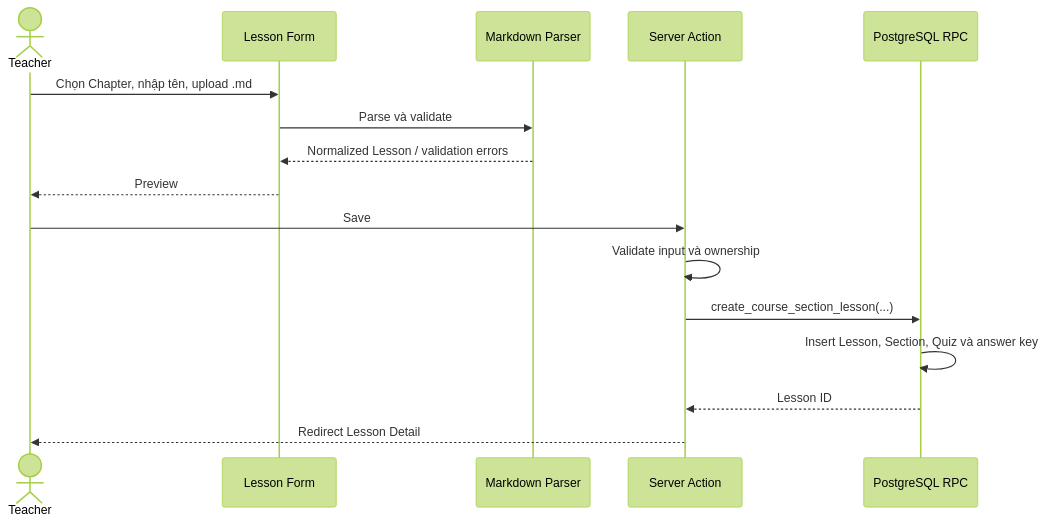
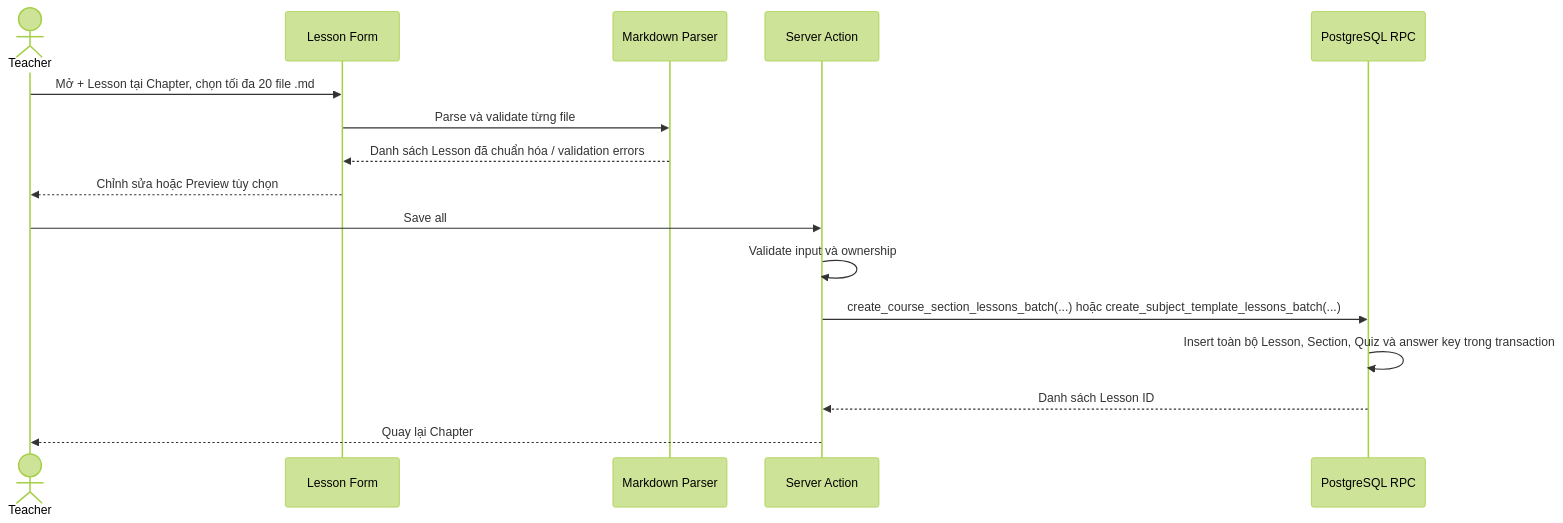
Before and after one commit to duytuandao21/min-class: the second of 5 diagrams in document/TECHNICAL_DOCUMENTATION.md, drawn with Mermaid (forest theme). The commit also changed other lines of this file and 9 other files, not shown here.

````diff
--- a/document/TECHNICAL_DOCUMENTATION.md
+++ b/document/TECHNICAL_DOCUMENTATION.md
@@ -142,19 +147,19 @@
 ```mermaid
 sequenceDiagram
     actor Teacher
     participant Form as Lesson Form
     participant Parser as Markdown Parser
     participant Action as Server Action
     participant DB as PostgreSQL RPC
 
-    Teacher->>Form: Chọn Chapter, nhập tên, upload .md
-    Form->>Parser: Parse và validate
-    Parser-->>Form: Normalized Lesson / validation errors
-    Form-->>Teacher: Preview
-    Teacher->>Action: Save
+    Teacher->>Form: Mở + Lesson tại Chapter, chọn tối đa 20 file .md
+    Form->>Parser: Parse và validate từng file
+    Parser-->>Form: Danh sách Lesson đã chuẩn hóa / validation errors
+    Form-->>Teacher: Chỉnh sửa hoặc Preview tùy chọn
+    Teacher->>Action: Save all
     Action->>Action: Validate input và ownership
-    Action->>DB: create_course_section_lesson(...)
-    DB->>DB: Insert Lesson, Section, Quiz và answer key
-    DB-->>Action: Lesson ID
-    Action-->>Teacher: Redirect Lesson Detail
+    Action->>DB: create_course_section_lessons_batch(...) hoặc create_subject_template_lessons_batch(...)
+    DB->>DB: Insert toàn bộ Lesson, Section, Quiz và answer key trong transaction
+    DB-->>Action: Danh sách Lesson ID
+    Action-->>Teacher: Quay lại Chapter
 ```
````
